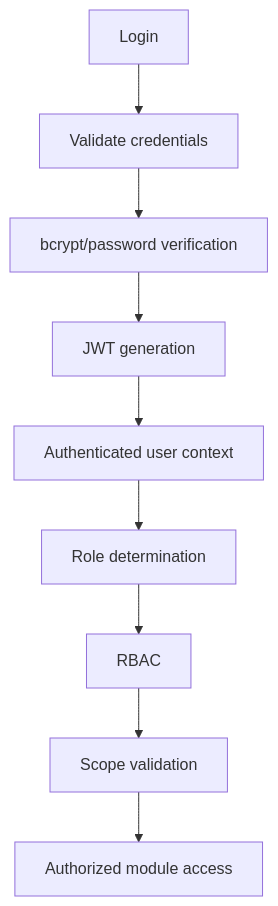
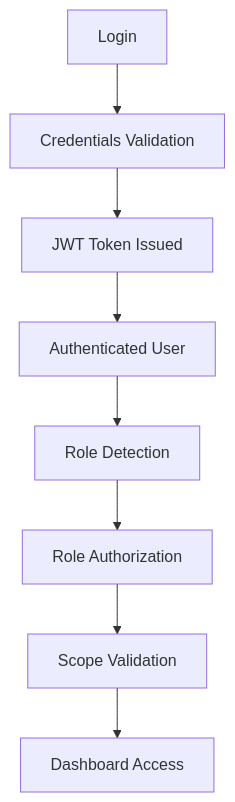
The third of 11 diagrams in README.md (Ravi4348/Student-Academic-Management-System), drawn with Mermaid before and after one commit. The commit also changed other lines of this file and 46 other files, not shown here.

````diff
--- a/README.md
+++ b/README.md
@@ -139,21 +141,19 @@
 ```mermaid
 flowchart TD
     Login["Login"]
-    ValidateCreds["Validate credentials"]
-    BcryptVerify["bcrypt/password verification"]
-    JWTGen["JWT generation"]
-    AuthContext["Authenticated user context"]
-    RoleDet["Role determination"]
-    RBAC["RBAC"]
-    ScopeVal["Scope validation"]
-    AuthAccess["Authorized module access"]
+    ValidateCreds["Credentials Validation"]
+    JWTGen["JWT Token Issued"]
+    AuthContext["Authenticated User"]
+    RoleDet["Role Detection"]
+    RBAC["Role Authorization"]
+    ScopeVal["Scope Validation"]
+    Dashboard["Dashboard Access"]
 
     Login --> ValidateCreds
-    ValidateCreds --> BcryptVerify
-    BcryptVerify --> JWTGen
+    ValidateCreds --> JWTGen
     JWTGen --> AuthContext
     AuthContext --> RoleDet
     RoleDet --> RBAC
     RBAC --> ScopeVal
-    ScopeVal --> AuthAccess
+    ScopeVal --> Dashboard
 ```
````
